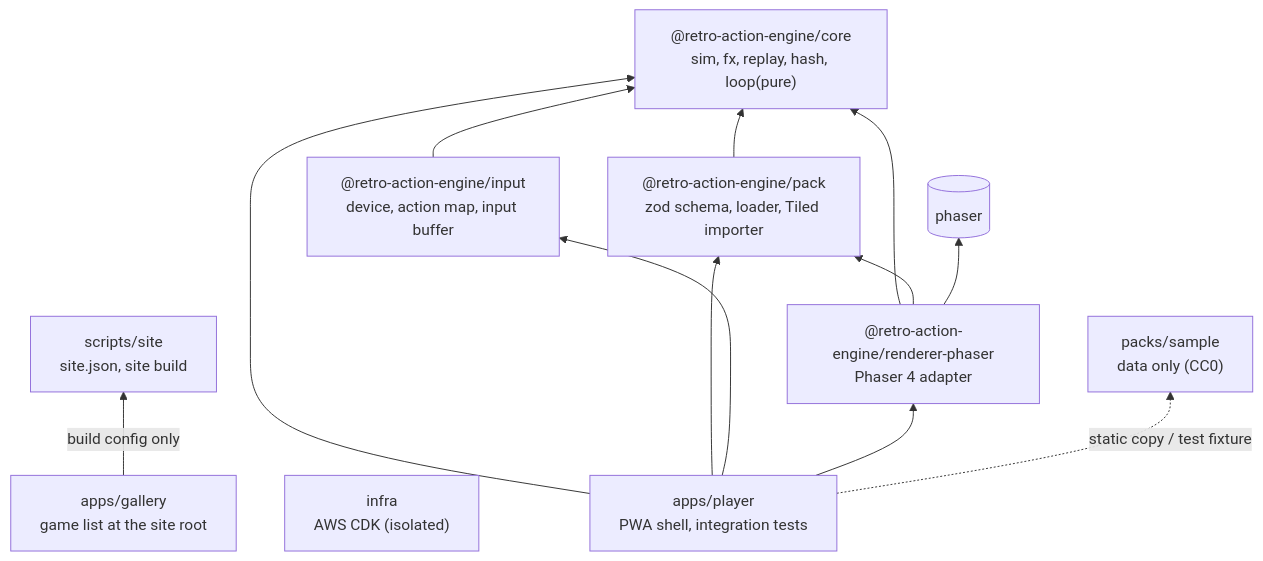
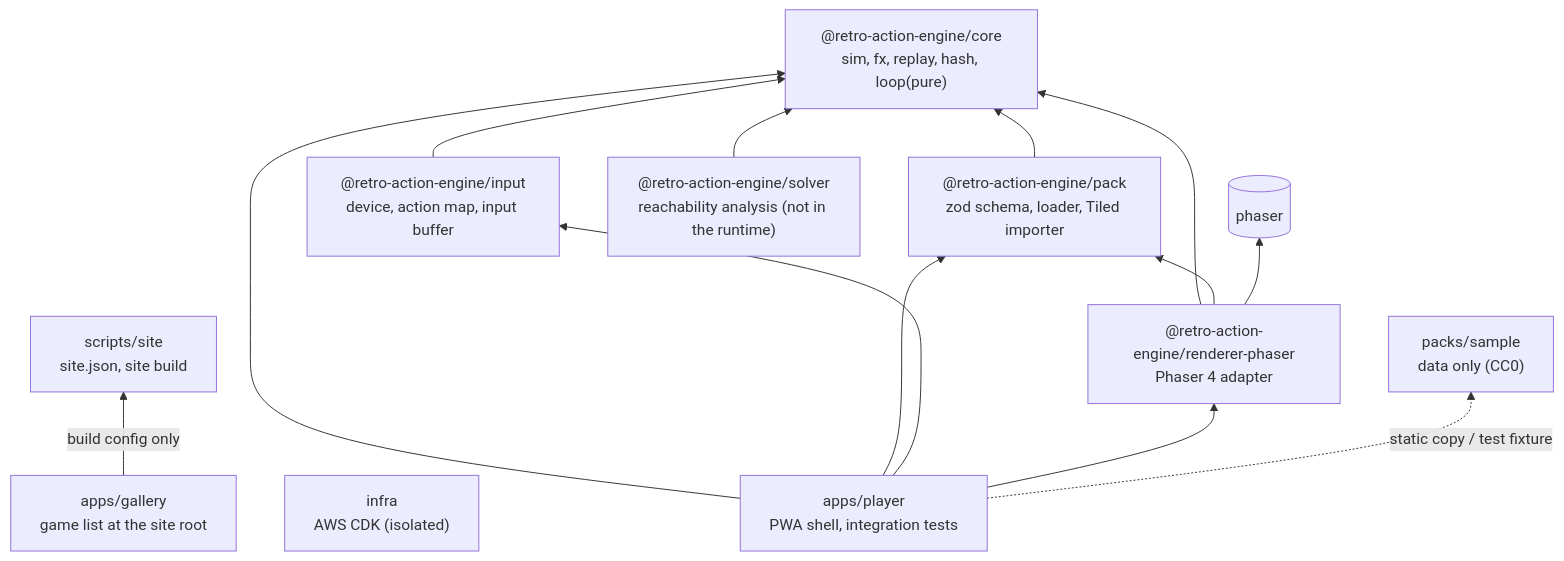
Before and after one commit to kojiisd/retro-action-engine: the first of 3 diagrams in docs/architecture.md, drawn with Mermaid. The commit also changed other lines of this file and 26 other files, not shown here.

First line of the commit message:
feat(solver): A-1 reachability solver for a single character (#10)

````diff
--- a/docs/architecture.md
+++ b/docs/architecture.md
@@ -29,25 +29,27 @@
 ```mermaid
 graph BT
   core["@retro-action-engine/core<br/>sim, fx, replay, hash, loop(pure)"]
   pack["@retro-action-engine/pack<br/>zod schema, loader, Tiled importer"]
   input["@retro-action-engine/input<br/>device, action map, input buffer"]
   renderer["@retro-action-engine/renderer-phaser<br/>Phaser 4 adapter"]
   player["apps/player<br/>PWA shell, integration tests"]
   sample["packs/sample<br/>data only (CC0)"]
   infra["infra<br/>AWS CDK (isolated)"]
   gallery["apps/gallery<br/>game list at the site root"]
+  solver["@retro-action-engine/solver<br/>reachability analysis (not in the runtime)"]
   sitetools["scripts/site<br/>site.json, site build"]
   phaser[("phaser")]
 
   pack --> core
   input --> core
   renderer --> core
   renderer --> pack
   renderer --> phaser
   player --> core
   player --> pack
   player --> input
   player --> renderer
   player -. "static copy / test fixture" .-> sample
   gallery -- "build config only" --> sitetools
+  solver --> core
 ```
````
